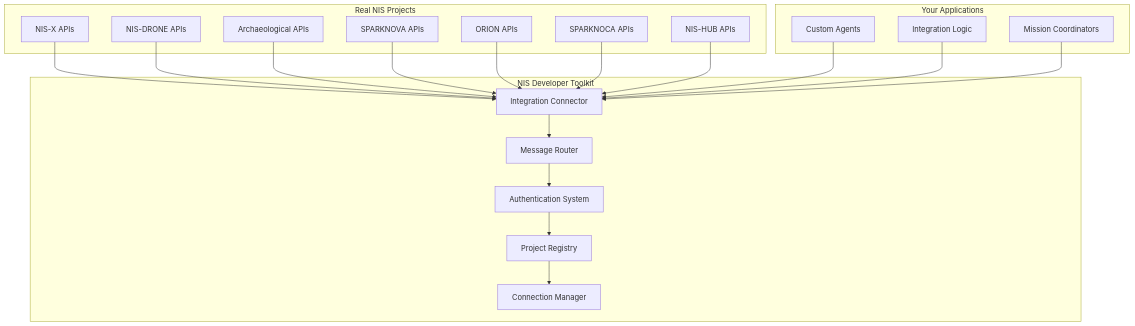
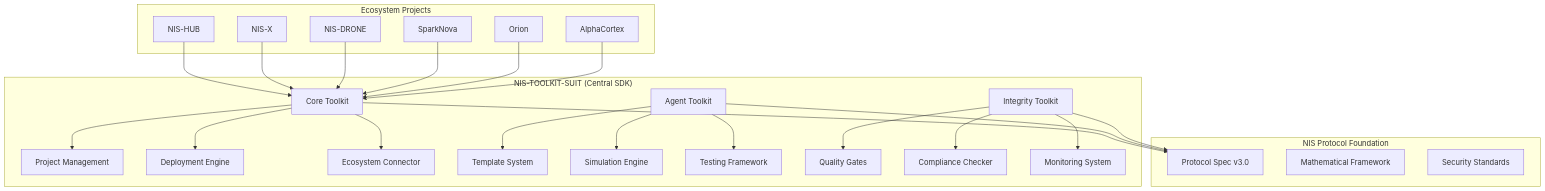
One commit to Organica-Ai-Solutions/NIS-TOOLKIT-SUIT changed the diagram in README.md. Above: the diagram before and after it, drawn with Mermaid. The commit also changed other lines of this file and 5 other files, not shown here.

First line of the commit message:
🧠 Major: Transform NIS-TOOLKIT-SUIT into Central SDK with Dual-Track Architecture

````diff
--- a/README.md
+++ b/README.md
@@ -228,25 +321,35 @@
 ```mermaid
 graph TB
-    subgraph "NIS Developer Toolkit"
-        A[Integration Connector] --> B[Message Router]
-        B --> C[Authentication System]
-        C --> D[Project Registry]
-        D --> E[Connection Manager]
+    subgraph "NIS-TOOLKIT-SUIT (Central SDK)"
+        A[Core Toolkit] --> B[Project Management]
+        A --> C[Deployment Engine]
+        A --> D[Ecosystem Connector]
+        
+        E[Agent Toolkit] --> F[Template System]
+        E --> G[Simulation Engine]
+        E --> H[Testing Framework]
+        
+        I[Integrity Toolkit] --> J[Quality Gates]
+        I --> K[Compliance Checker]
+        I --> L[Monitoring System]
     end
     
-    subgraph "Real NIS Projects"
-        F[NIS-X APIs] --> A
-        G[NIS-DRONE APIs] --> A
-        H[Archaeological APIs] --> A
-        I[SPARKNOVA APIs] --> A
-        J[ORION APIs] --> A
-        K[SPARKNOCA APIs] --> A
-        L[NIS-HUB APIs] --> A
+    subgraph "NIS Protocol Foundation"
+        M[Protocol Spec v3.0]
+        N[Mathematical Framework]
+        O[Security Standards]
     end
     
-    subgraph "Your Applications"
-        M[Custom Agents] --> A
-        N[Integration Logic] --> A
-        O[Mission Coordinators] --> A
+    subgraph "Ecosystem Projects"
+        P[NIS-HUB] --> A
+        Q[NIS-X] --> A
+        R[NIS-DRONE] --> A
+        S[SparkNova] --> A
+        T[Orion] --> A
+        U[AlphaCortex] --> A
     end
+    
+    A --> M
+    E --> M
+    I --> M
 ```
````
